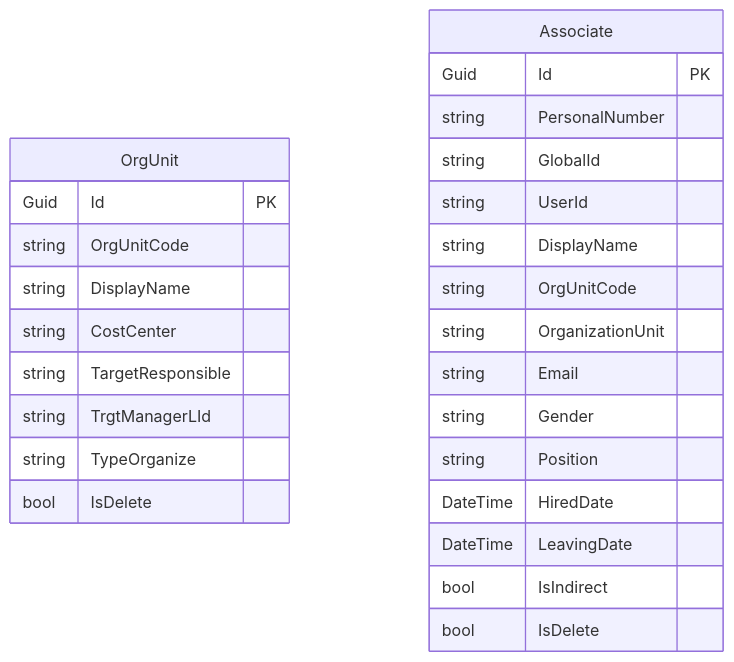
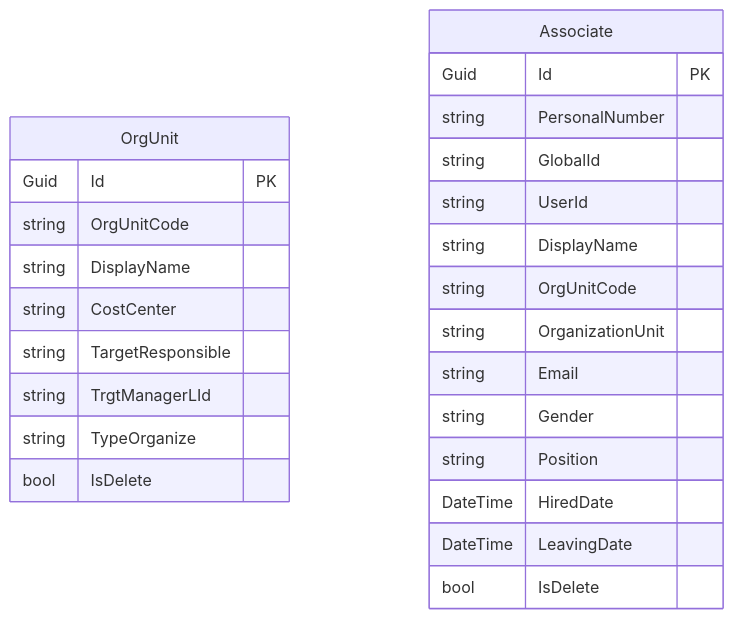
Before and after one commit to Songlong0506/ICOGenerator-v4: the ninth of 9 diagrams in docs/data-model.md, drawn with Mermaid. The commit also changed other lines of this file and 41 other files, not shown here.

````diff
--- a/docs/data-model.md
+++ b/docs/data-model.md
@@ -552,30 +551,29 @@
 ```mermaid
 erDiagram
     OrgUnit {
         Guid Id PK
         string OrgUnitCode
         string DisplayName
         string CostCenter
         string TargetResponsible
         string TrgtManagerLId
         string TypeOrganize
         bool IsDelete
     }
 
     Associate {
         Guid Id PK
         string PersonalNumber
         string GlobalId
         string UserId
         string DisplayName
         string OrgUnitCode
         string OrganizationUnit
         string Email
         string Gender
         string Position
         DateTime HiredDate
         DateTime LeavingDate
-        bool IsIndirect
         bool IsDelete
     }
 ```
````
